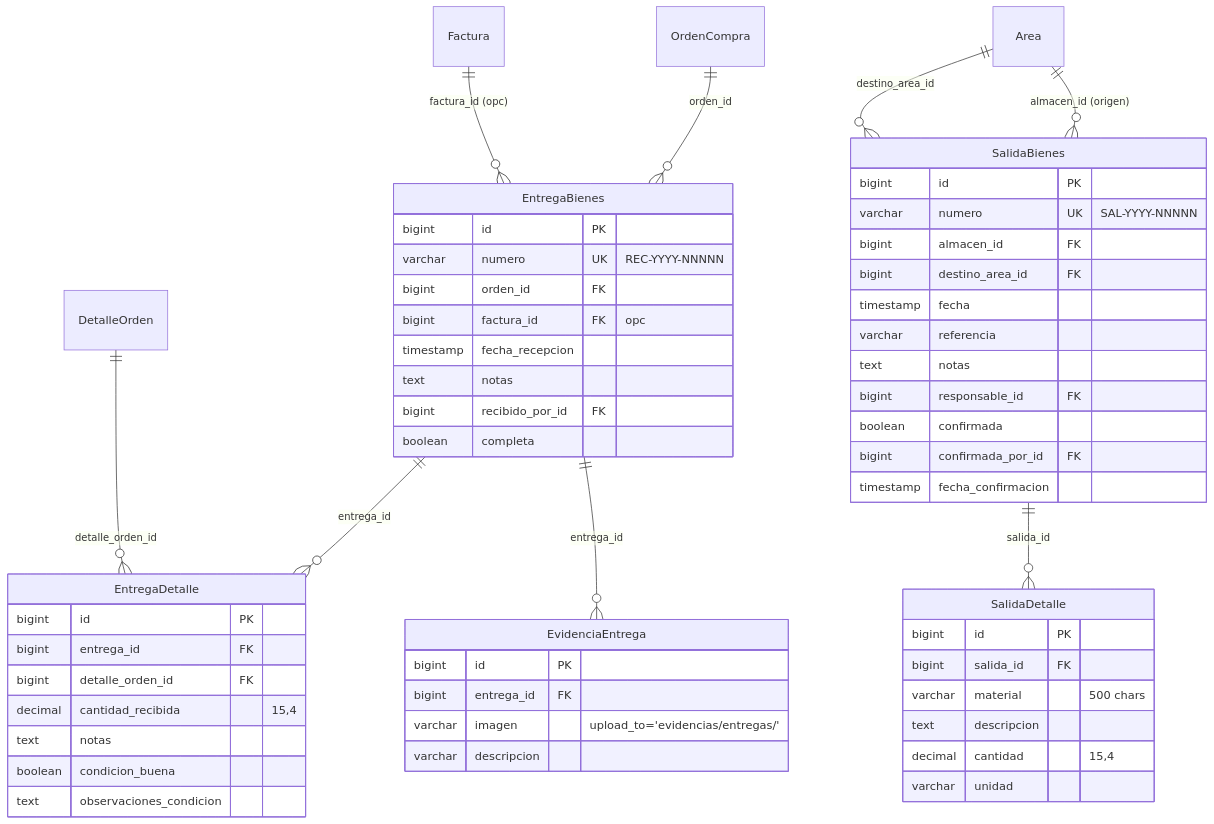
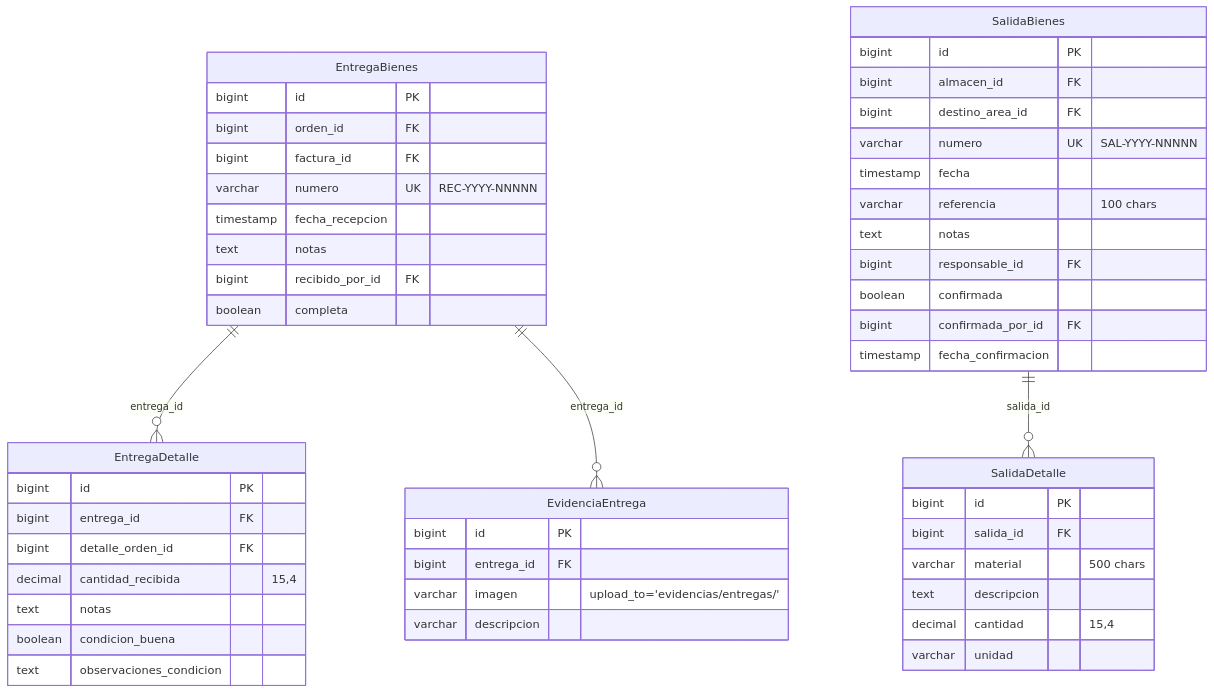
The seventh of 12 diagrams in docs/DATABASE.md (AsahioO/Gastos_Distribuidosv2), drawn with Mermaid before and after one commit. The commit also changed other lines of this file and 1 other file, not shown here.

First line of the commit message:
Add architecture diagrams for Gastos Distribuidos v2

````diff
--- a/docs/DATABASE.md
+++ b/docs/DATABASE.md
@@ -482,62 +481,57 @@
 ```mermaid
 erDiagram
-    OrdenCompra ||--o{ EntregaBienes : "orden_id"
     EntregaBienes ||--o{ EntregaDetalle : "entrega_id"
-    DetalleOrden ||--o{ EntregaDetalle : "detalle_orden_id"
     EntregaBienes ||--o{ EvidenciaEntrega : "entrega_id"
-    Factura ||--o{ EntregaBienes : "factura_id (opc)"
-    Area ||--o{ SalidaBienes : "almacen_id (origen)"
-    Area ||--o{ SalidaBienes : "destino_area_id"
     SalidaBienes ||--o{ SalidaDetalle : "salida_id"
 
     EntregaBienes {
         bigint id PK
+        bigint orden_id FK
+        bigint factura_id FK
         varchar numero UK "REC-YYYY-NNNNN"
-        bigint orden_id FK
-        bigint factura_id FK "opc"
         timestamp fecha_recepcion
         text notas
         bigint recibido_por_id FK
         boolean completa
     }
 
     EntregaDetalle {
         bigint id PK
         bigint entrega_id FK
         bigint detalle_orden_id FK
         decimal cantidad_recibida "15,4"
         text notas
         boolean condicion_buena
         text observaciones_condicion
     }
 
     EvidenciaEntrega {
         bigint id PK
         bigint entrega_id FK
         varchar imagen "upload_to='evidencias/entregas/'"
         varchar descripcion
     }
 
     SalidaBienes {
         bigint id PK
-        varchar numero UK "SAL-YYYY-NNNNN"
         bigint almacen_id FK
         bigint destino_area_id FK
+        varchar numero UK "SAL-YYYY-NNNNN"
         timestamp fecha
-        varchar referencia
+        varchar referencia "100 chars"
         text notas
         bigint responsable_id FK
         boolean confirmada
         bigint confirmada_por_id FK
         timestamp fecha_confirmacion
     }
 
     SalidaDetalle {
         bigint id PK
         bigint salida_id FK
         varchar material "500 chars"
         text descripcion
         decimal cantidad "15,4"
         varchar unidad
     }
 ```
````
